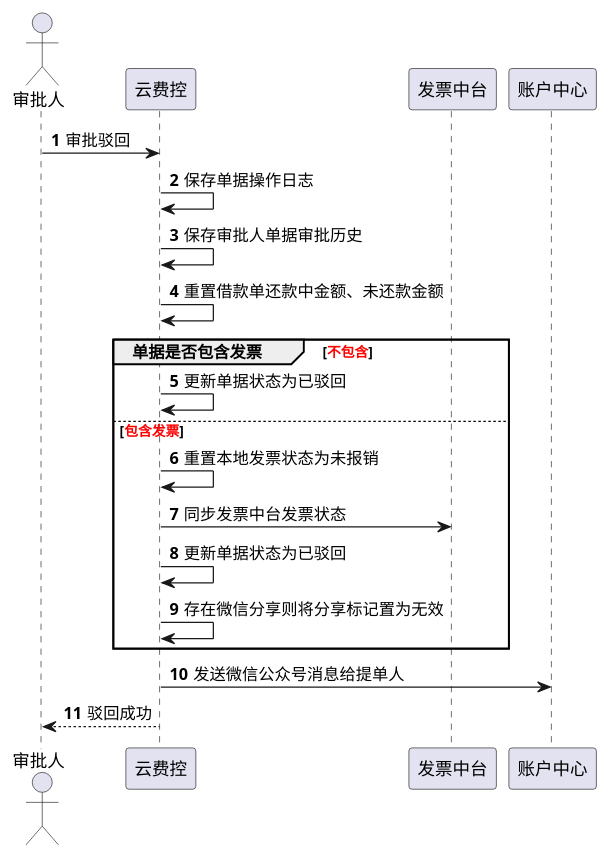
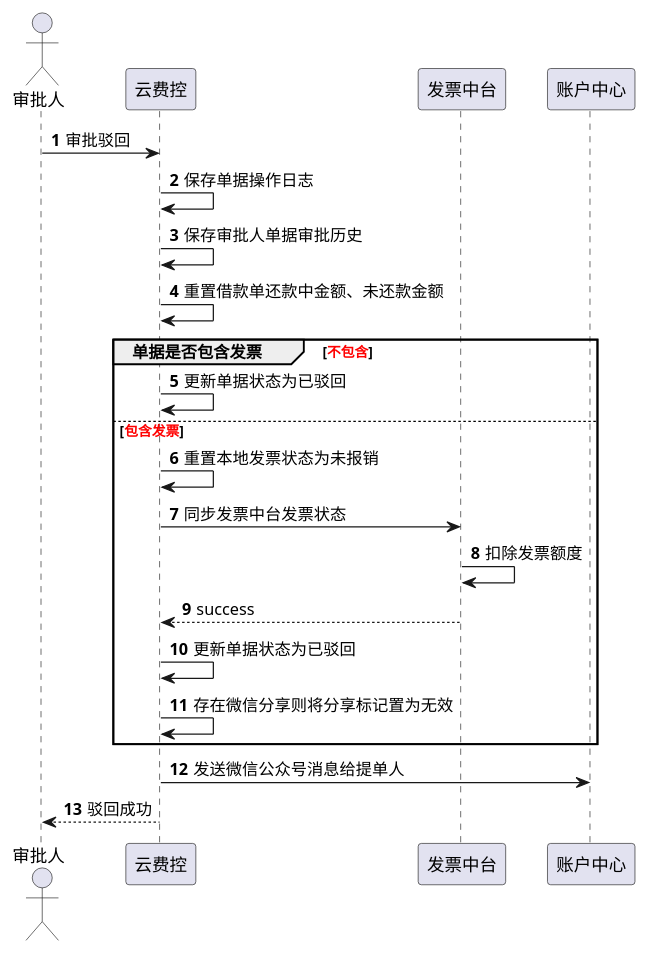
One commit to whfdlp/easyboot changed the diagram in src/main/java/whf/easy/boot/web/审批驳回.puml. Above: the diagram before and after it, drawn with PlantUML. The commit also changed 14 other files, not shown here.

```diff
--- a/src/main/java/whf/easy/boot/web/审批驳回.puml
+++ b/src/main/java/whf/easy/boot/web/审批驳回.puml
@@ -1,28 +1,30 @@
 @startuml
 'https://plantuml.com/sequence-diagram
 
 autonumber
 actor 审批人
 participant 审批人 order 10
 participant 云费控 order 20
 participant 发票中台 order 40
 participant 账户中心 order 50
 审批人 -> 云费控:审批驳回
 云费控 -> 云费控:保存单据操作日志
 云费控 -> 云费控:保存审批人单据审批历史
 云费控 -> 云费控:重置借款单还款中金额、未还款金额
 group 单据是否包含发票 [<color #Red>不包含</color>]
 云费控 -> 云费控:更新单据状态为已驳回
 else <color #Red>包含发票</color>
 云费控 -> 云费控:重置本地发票状态为未报销
 云费控 -> 发票中台:同步发票中台发票状态
+发票中台 -> 发票中台:扣除发票额度
+发票中台 --> 云费控:success
 云费控 -> 云费控:更新单据状态为已驳回
 云费控 -> 云费控:存在微信分享则将分享标记置为无效
 end
 云费控 -> 账户中心:发送微信公众号消息给提单人
 云费控 --> 审批人: 驳回成功
 
 
 
 
 @endumlA
```
